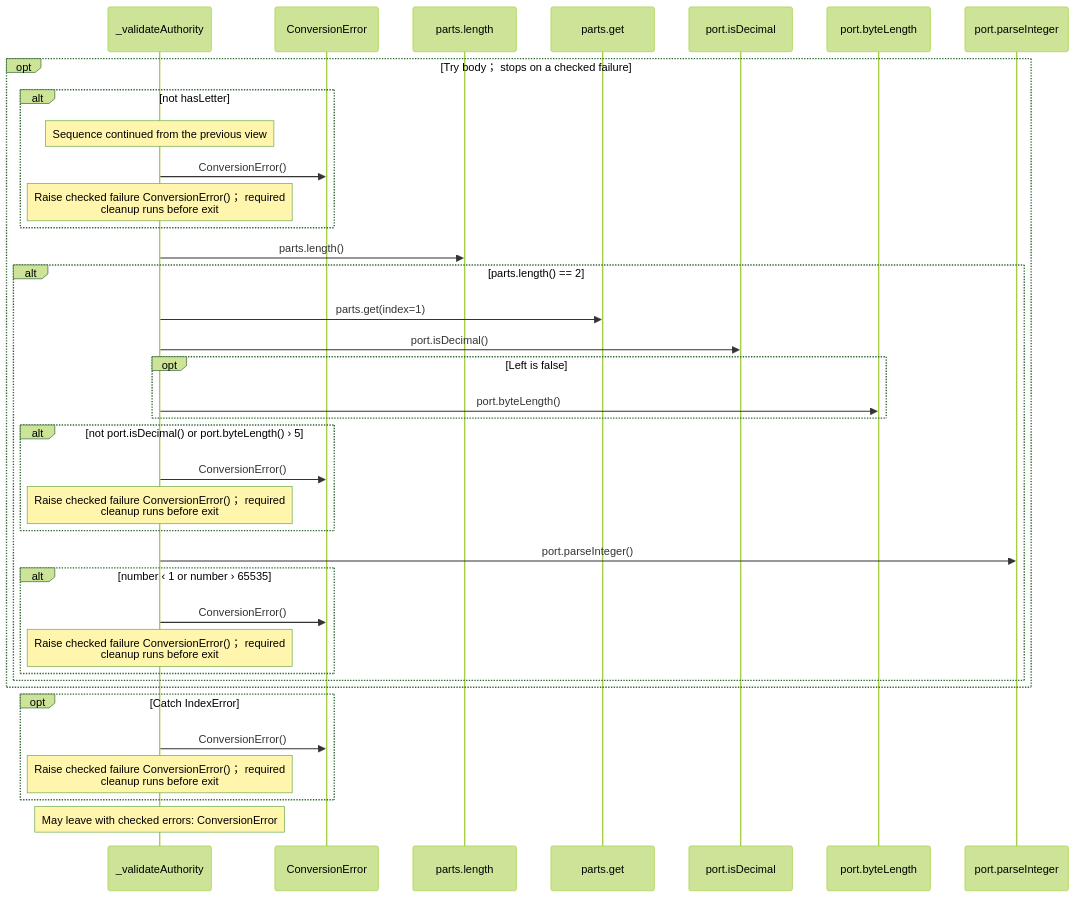
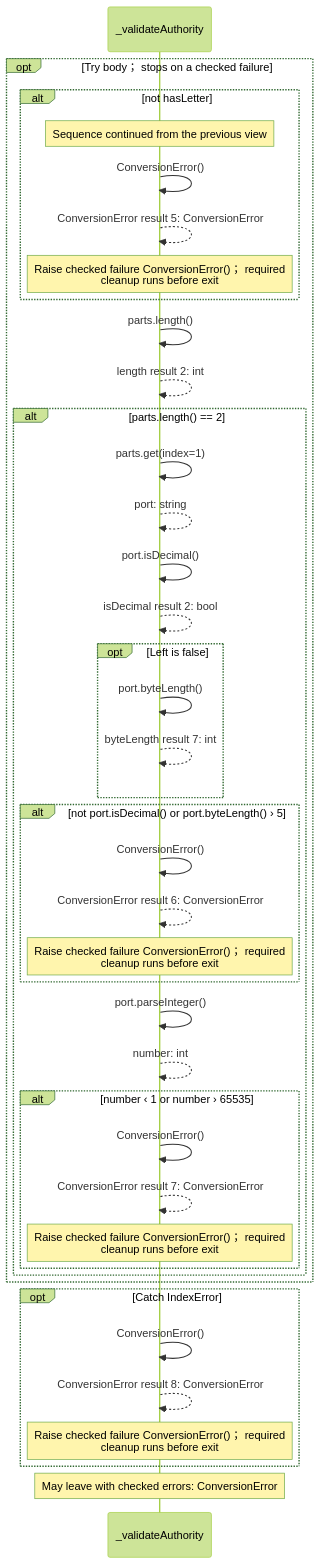
Before and after one commit to GreenPandaStudios/augscript: diagram 11 of 13 in src/stdlib/values/urls.aug.diagrams.md, drawn with Mermaid (forest theme). The commit also changed other lines of this file and 304 other files, not shown here.

Commit message:
Make generated data-flow sequences concise and review every diagram

````diff
--- a/src/stdlib/values/urls.aug.diagrams.md
+++ b/src/stdlib/values/urls.aug.diagrams.md
@@ -284,39 +321,43 @@
 ```mermaid
 sequenceDiagram
     participant p0 as _validateAuthority
-    participant p1 as ConversionError
-    participant p2 as parts.length
-    participant p3 as parts.get
-    participant p4 as port.isDecimal
-    participant p5 as port.byteLength
-    participant p6 as port.parseInteger
+
     opt Try body； stops on a checked failure
     alt not hasLetter
     Note over p0: Sequence continued from the previous view
-    p0->>p1: ConversionError()
+    p0->>p0: ConversionError()
+    p0-->>p0: ConversionError result 5: ConversionError
     Note over p0: Raise checked failure ConversionError()； required<br/>cleanup runs before exit
     end
-    p0->>p2: parts.length()
+    p0->>p0: parts.length()
+    p0-->>p0: length result 2: int
     alt parts.length() == 2
-    p0->>p3: parts.get(index=1)
-    p0->>p4: port.isDecimal()
+    p0->>p0: parts.get(index=1)
+    p0-->>p0: port: string
+    p0->>p0: port.isDecimal()
+    p0-->>p0: isDecimal result 2: bool
     opt Left is false
-    p0->>p5: port.byteLength()
+    p0->>p0: port.byteLength()
+    p0-->>p0: byteLength result 7: int
     end
     alt not port.isDecimal() or port.byteLength() › 5
-    p0->>p1: ConversionError()
+    p0->>p0: ConversionError()
+    p0-->>p0: ConversionError result 6: ConversionError
     Note over p0: Raise checked failure ConversionError()； required<br/>cleanup runs before exit
     end
-    p0->>p6: port.parseInteger()
+    p0->>p0: port.parseInteger()
+    p0-->>p0: number: int
     alt number ‹ 1 or number › 65535
-    p0->>p1: ConversionError()
+    p0->>p0: ConversionError()
+    p0-->>p0: ConversionError result 7: ConversionError
     Note over p0: Raise checked failure ConversionError()； required<br/>cleanup runs before exit
     end
     end
     end
     opt Catch IndexError
-    p0->>p1: ConversionError()
+    p0->>p0: ConversionError()
+    p0-->>p0: ConversionError result 8: ConversionError
     Note over p0: Raise checked failure ConversionError()； required<br/>cleanup runs before exit
     end
     Note over p0: May leave with checked errors: ConversionError
 ```
````
